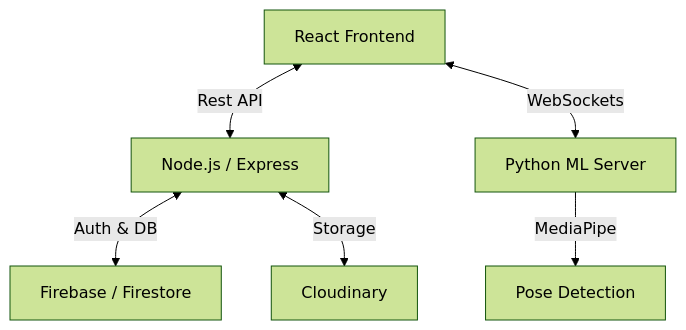
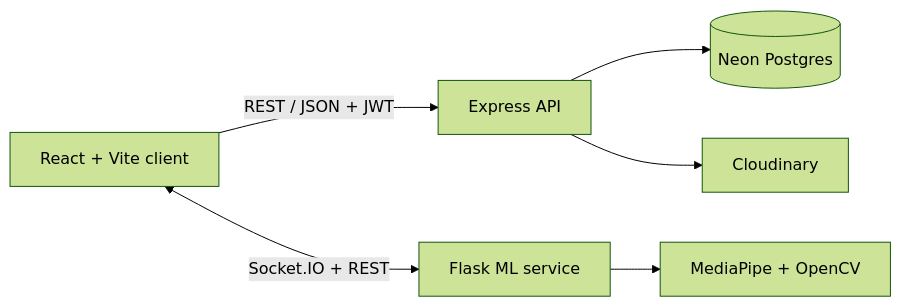
One commit to bharath-ganga/WearYourStyle changed the diagram in README.md. Above: the diagram before and after it, drawn with Mermaid (forest theme). The commit also changed other lines of this file and 49 other files, not shown here.

Commit message:
feat: migrate application data layer to Neon Postgres

````diff
--- a/README.md
+++ b/README.md
@@ -48,8 +49,8 @@
 ```mermaid
-graph TD
-    A[React Frontend] <-->|Rest API| B[Node.js / Express]
-    A <-->|WebSockets| C[Python ML Server]
-    B <-->|Auth & DB| D[Firebase / Firestore]
-    B <-->|Storage| E[Cloudinary]
-    C -->|MediaPipe| F[Pose Detection]
+flowchart LR
+    Browser[React + Vite client] -->|REST / JSON + JWT| API[Express API]
+    Browser <-->|Socket.IO + REST| ML[Flask ML service]
+    API --> Neon[(Neon Postgres)]
+    API --> Cloudinary[Cloudinary]
+    ML --> MediaPipe[MediaPipe + OpenCV]
 ```
````
